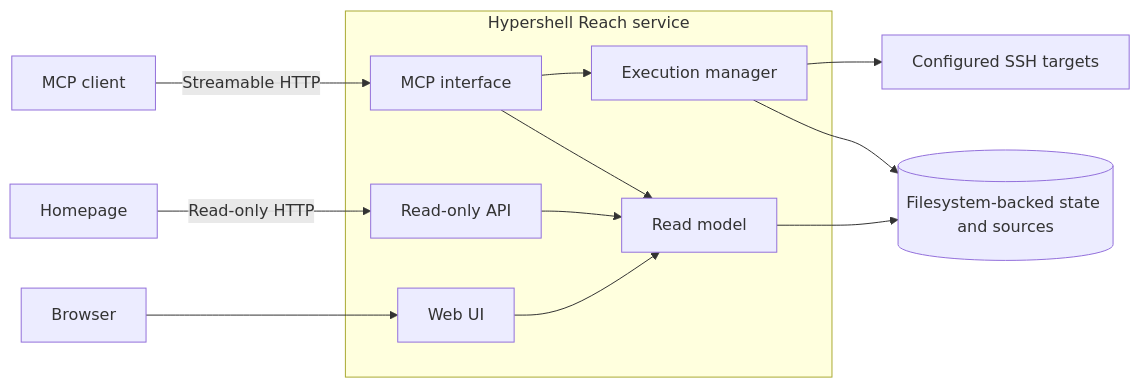
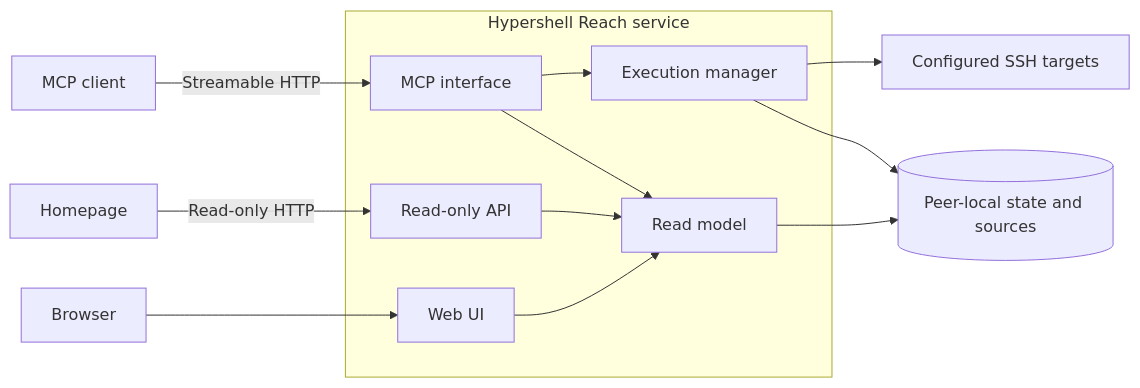
One commit to X1pheR/hypershell-reach changed the diagram in docs/architecture.md. Above: the diagram before and after it, drawn with Mermaid. The commit also changed other lines of this file and 30 other files, not shown here.

Commit message:
feat: unify peer-local operational persistence in SQLite

````diff
--- a/docs/architecture.md
+++ b/docs/architecture.md
@@ -7,22 +7,22 @@
 ```mermaid
 flowchart LR
     C[MCP client] -->|Streamable HTTP| M
     H[Homepage] -->|Read-only HTTP| A
     B[Browser] --> U
 
     subgraph R[Hypershell Reach service]
         M[MCP interface]
         A[Read-only API]
         U[Web UI]
         X[Execution manager]
         RM[Read model]
         M --> X
         M --> RM
         A --> RM
         U --> RM
     end
 
     X --> SSH[Configured SSH targets]
-    RM --> W[(Filesystem-backed state and sources)]
+    RM --> W[(Peer-local state and sources)]
     X --> W
 ```
````
